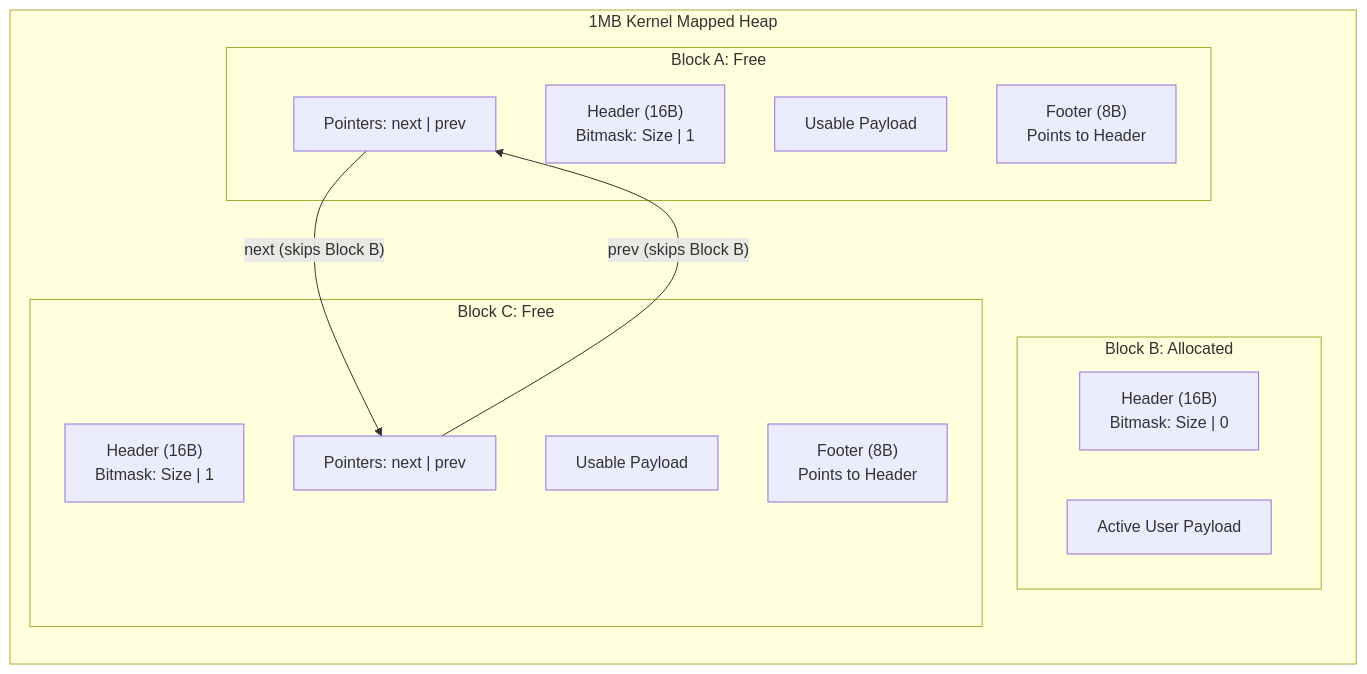
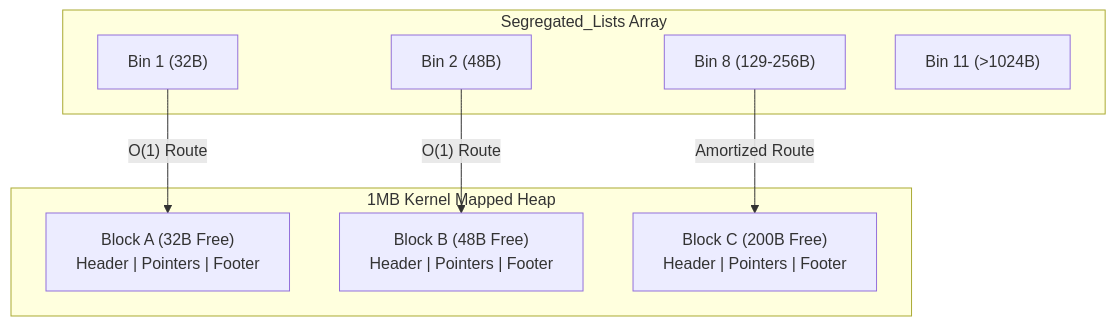
One commit to praneet-pro/custom-c-allocator changed the diagram in README.md. Above: the diagram before and after it, drawn with Mermaid. The commit also changed other lines of this file, not shown here.

````diff
--- a/README.md
+++ b/README.md
@@ -44,26 +45,19 @@
 ```mermaid
-graph LR
-    subgraph Heap Arena [1MB Kernel Mapped Heap]
-        subgraph BlockA [Block A: Free]
-            A_Hdr["Header (16B)<br/>Bitmask: Size | 1"]
-            A_Ptr["Pointers: next | prev"]
-            A_Pay["Usable Payload"]
-            A_Ftr["Footer (8B)<br/>Points to Header"]
-        end
-        
-        subgraph BlockB [Block B: Allocated]
-            B_Hdr["Header (16B)<br/>Bitmask: Size | 0"]
-            B_Pay["Active User Payload"]
-        end
-        
-        subgraph BlockC [Block C: Free]
-            C_Hdr["Header (16B)<br/>Bitmask: Size | 1"]
-            C_Ptr["Pointers: next | prev"]
-            C_Pay["Usable Payload"]
-            C_Ftr["Footer (8B)<br/>Points to Header"]
-        end
+graph TD
+    subgraph Segregated Array [Segregated_Lists Array]
+        Index1["Bin 1 (32B)"]
+        Index2["Bin 2 (48B)"]
+        Index8["Bin 8 (129-256B)"]
+        Index11["Bin 11 (>1024B)"]
     end
 
-    A_Ptr -- "next (skips Block B)" --> C_Ptr
-    C_Ptr -- "prev (skips Block B)" --> A_Ptr
+    subgraph Memory Arena [1MB Kernel Mapped Heap]
+        BlockA["Block A (32B Free)<br/>Header | Pointers | Footer"]
+        BlockB["Block B (48B Free)<br/>Header | Pointers | Footer"]
+        BlockC["Block C (200B Free)<br/>Header | Pointers | Footer"]
+    end
+
+    Index1 -->|"O(1) Route"| BlockA
+    Index2 -->|"O(1) Route"| BlockB
+    Index8 -->|"Amortized Route"| BlockC
 ```
````
